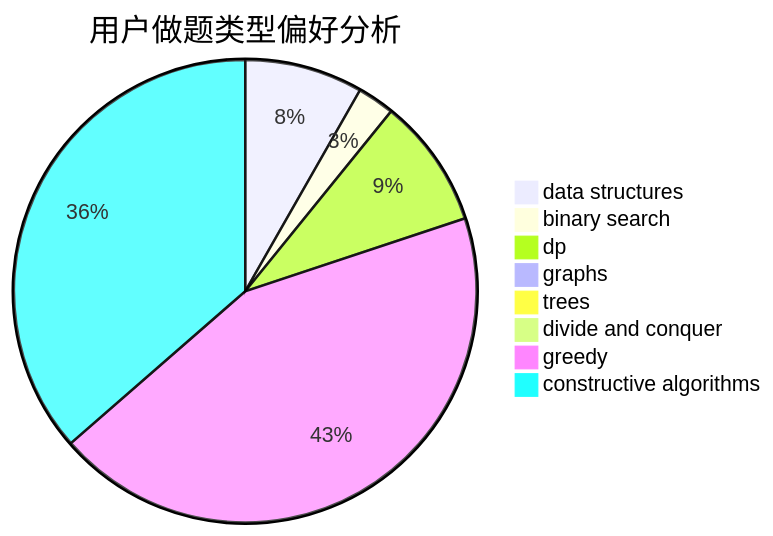
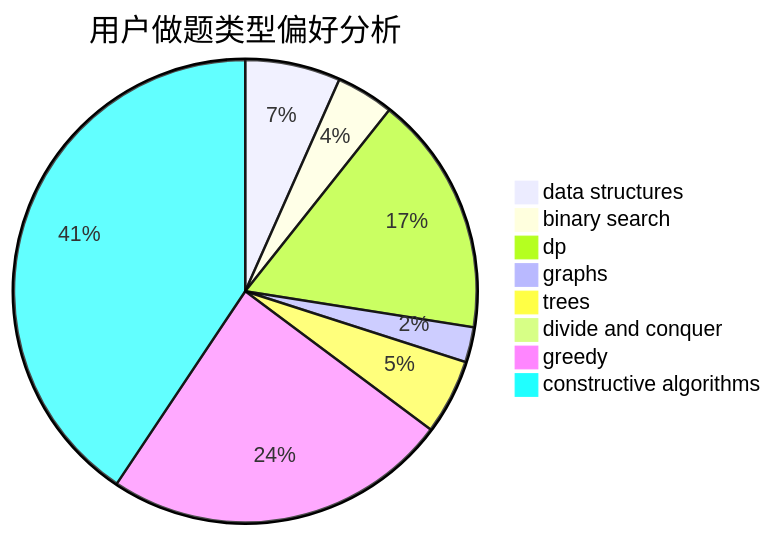
One commit to sherpahu/cfrs.github.io changed the second of 3 diagrams in docs/user/u2648.md. Above: the diagram before and after it, drawn with Mermaid. The commit also changed other lines of this file and 2770 other files, not shown here.

````diff
--- a/docs/user/u2648.md
+++ b/docs/user/u2648.md
@@ -23,11 +23,11 @@
 ```mermaid
 pie title 用户做题类型偏好分析
-    "data structures" :  51
-    "binary search" :  16
-    "dp" :  56
-    "graphs" :  6
-    "trees" :  6
+    "data structures" :  38
+    "binary search" :  23
+    "dp" :  96
+    "graphs" :  14
+    "trees" :  30
     "divide and conquer" :  0
-    "greedy" :  270
-    "constructive algorithms" :  225
+    "greedy" :  138
+    "constructive algorithms" :  232
 ```
````
